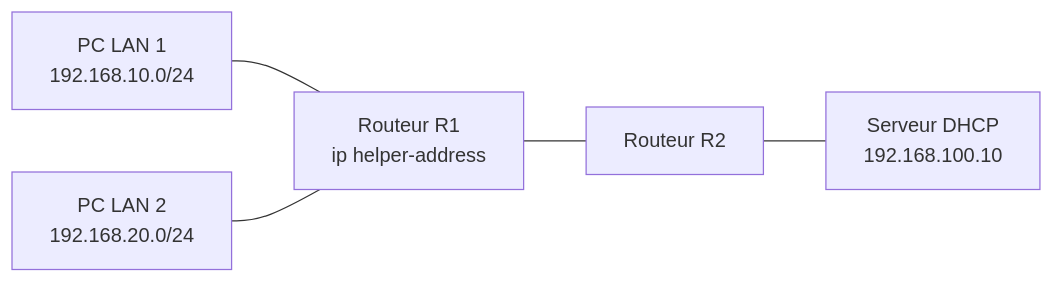
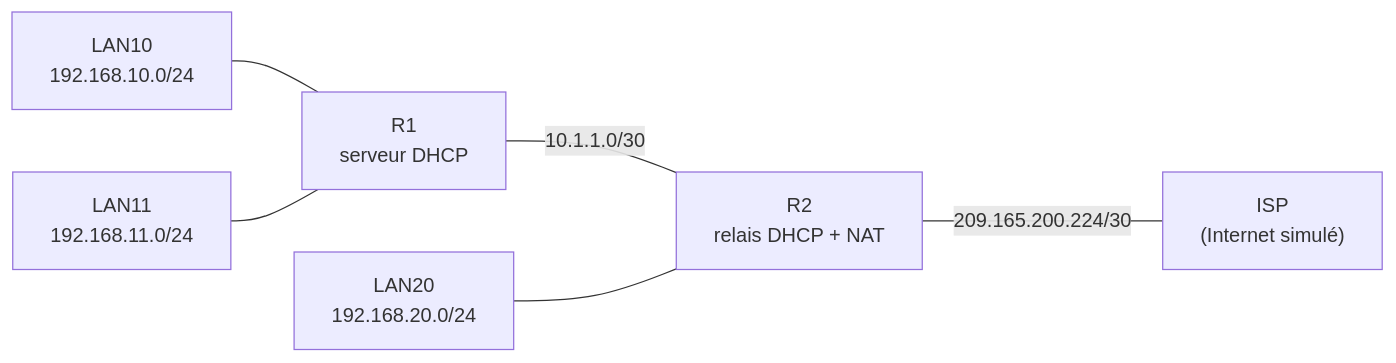
The first of 2 diagrams in README.md (EvanBienvenu/dhcp-relais-centralise), drawn with Mermaid before and after one commit. The commit also changed other lines of this file, not shown here.

````diff
--- a/README.md
+++ b/README.md
@@ -19,7 +20,8 @@
 ```mermaid
 graph LR
-    PC1["PC LAN 1<br/>192.168.10.0/24"] --- R1["Routeur R1<br/>ip helper-address"]
-    PC2["PC LAN 2<br/>192.168.20.0/24"] --- R1
-    R1 --- R2["Routeur R2"]
-    R2 --- SRV["Serveur DHCP<br/>192.168.100.10"]
+    L10["LAN10<br/>192.168.10.0/24"] --- R1["R1<br/>serveur DHCP"]
+    L11["LAN11<br/>192.168.11.0/24"] --- R1
+    R1 -- "10.1.1.0/30" --- R2["R2<br/>relais DHCP + NAT"]
+    L20["LAN20<br/>192.168.20.0/24"] --- R2
+    R2 -- "209.165.200.224/30" --- ISP["ISP<br/>(Internet simulé)"]
 ```
````
